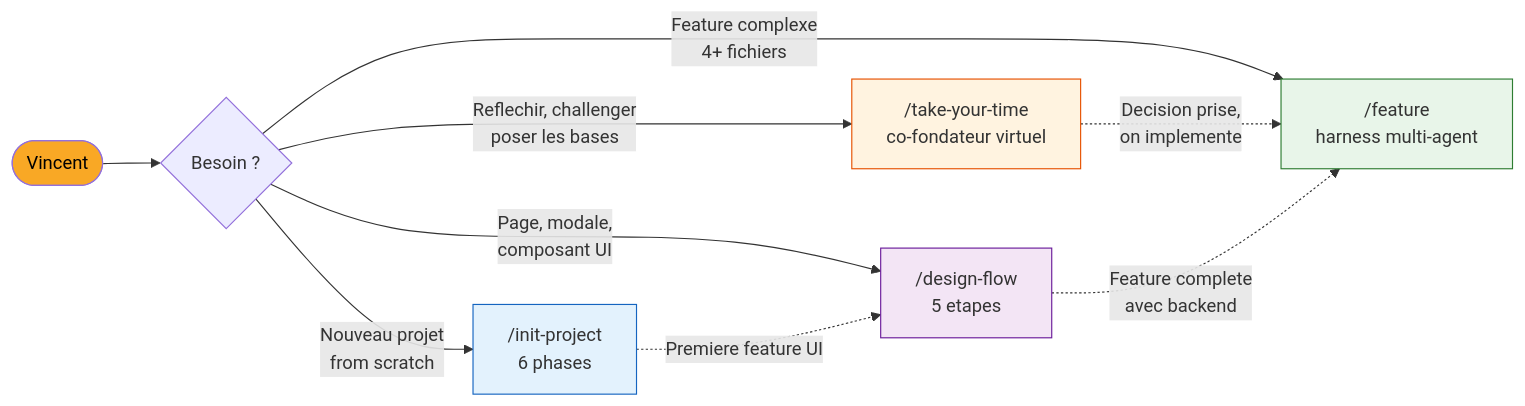
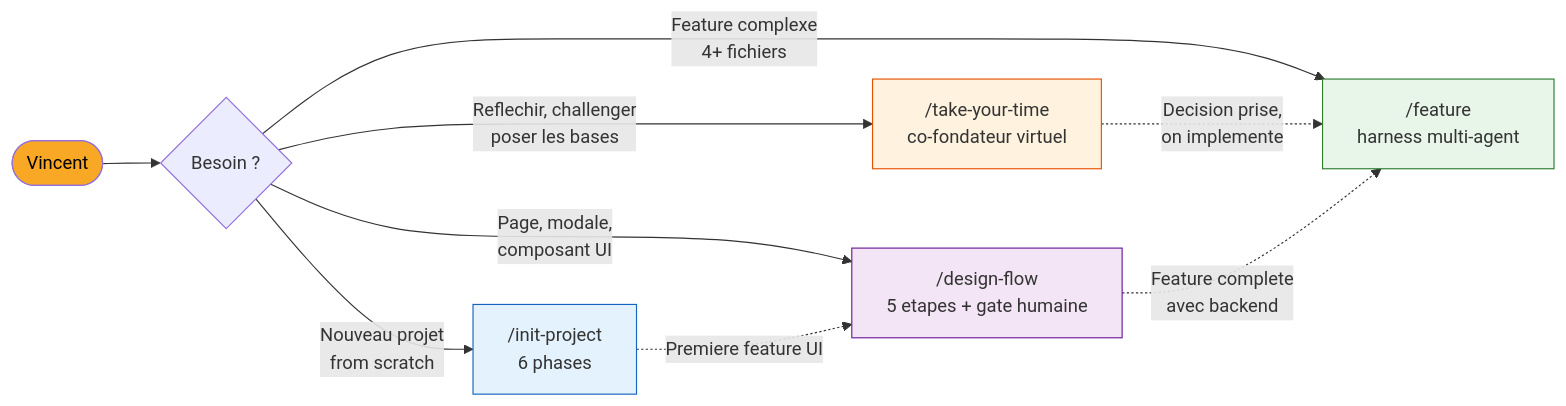
The fifth of 5 diagrams in docs/diagrams.md (VincentBlanchon/claude-preset), drawn with Mermaid before and after one commit. The commit also changed other lines of this file and 2 other files, not shown here.

First line of the commit message:
feat: design-flow v2 — visual review + gate humaine + anti-slop

````diff
--- a/docs/diagrams.md
+++ b/docs/diagrams.md
@@ -266,19 +295,19 @@
 ```mermaid
 flowchart LR
     VINCENT([Vincent]) --> NEED{Besoin ?}
 
     NEED -->|"Nouveau projet\nfrom scratch"| INIT["/init-project\n6 phases"]
     NEED -->|"Reflechir, challenger\nposer les bases"| TYT["/take-your-time\nco-fondateur virtuel"]
-    NEED -->|"Page, modale,\ncomposant UI"| DF["/design-flow\n5 etapes"]
+    NEED -->|"Page, modale,\ncomposant UI"| DF["/design-flow\n5 etapes + gate humaine"]
     NEED -->|"Feature complexe\n4+ fichiers"| FEAT["/feature\nharness multi-agent"]
 
     INIT -.->|"Premiere feature UI"| DF
     TYT -.->|"Decision prise,\non implemente"| FEAT
     DF -.->|"Feature complete\navec backend"| FEAT
 
     style VINCENT fill:#f9a825,color:#000
     style INIT fill:#e3f2fd,stroke:#1565c0
     style TYT fill:#fff3e0,stroke:#e65100
     style DF fill:#f3e5f5,stroke:#6a1b9a
     style FEAT fill:#e8f5e9,stroke:#2e7d32
 ```
````
